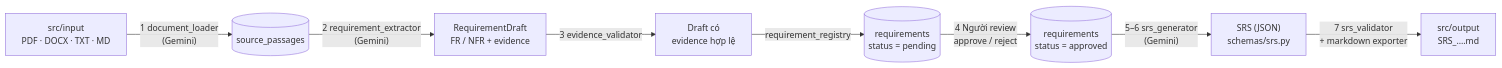
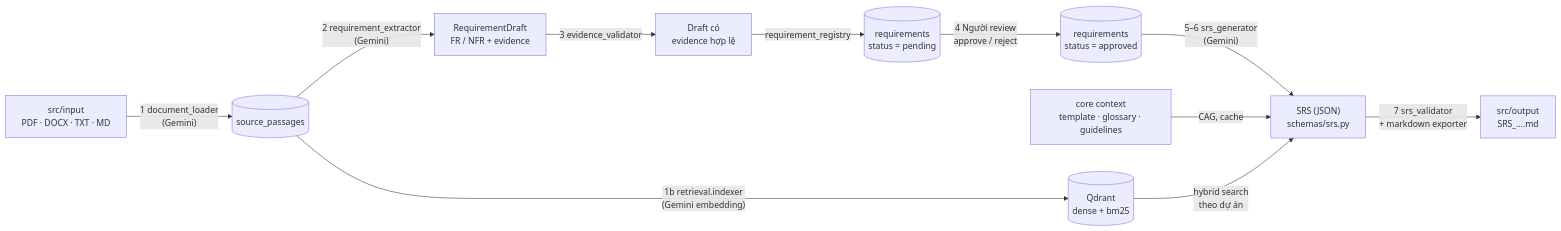
One commit to ChinotChese/spec-test-ai changed the first of 2 diagrams in README.md. Above: the diagram before and after it, drawn with Mermaid. The commit also changed other lines of this file and 1 other file, not shown here.

````diff
--- a/README.md
+++ b/README.md
@@ -30,10 +32,13 @@
 ```mermaid
 flowchart LR
     A["src/input<br/>PDF · DOCX · TXT · MD"] -->|"1 document_loader<br/>(Gemini)"| B[("source_passages")]
+    B -->|"1b retrieval.indexer<br/>(Gemini embedding)"| Q[("Qdrant<br/>dense + bm25")]
     B -->|"2 requirement_extractor<br/>(Gemini)"| C["RequirementDraft<br/>FR / NFR + evidence"]
     C -->|"3 evidence_validator"| D["Draft có<br/>evidence hợp lệ"]
     D -->|"requirement_registry"| E[("requirements<br/>status = pending")]
     E -->|"4 Người review<br/>approve / reject"| F[("requirements<br/>status = approved")]
     F -->|"5–6 srs_generator<br/>(Gemini)"| G["SRS (JSON)<br/>schemas/srs.py"]
+    K["core context<br/>template · glossary · guidelines"] -->|"CAG, cache"| G
+    Q -->|"hybrid search<br/>theo dự án"| G
     G -->|"7 srs_validator<br/>+ markdown exporter"| H["src/output<br/>SRS_….md"]
 ```
````
